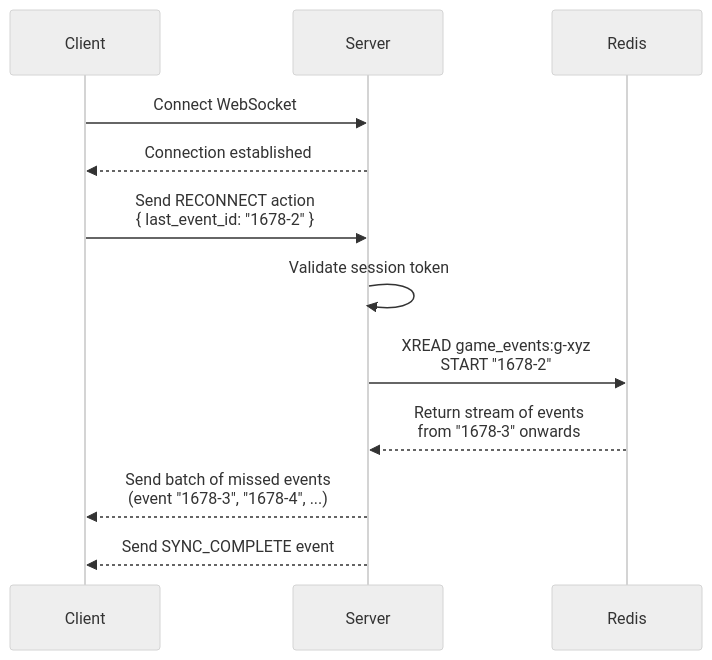
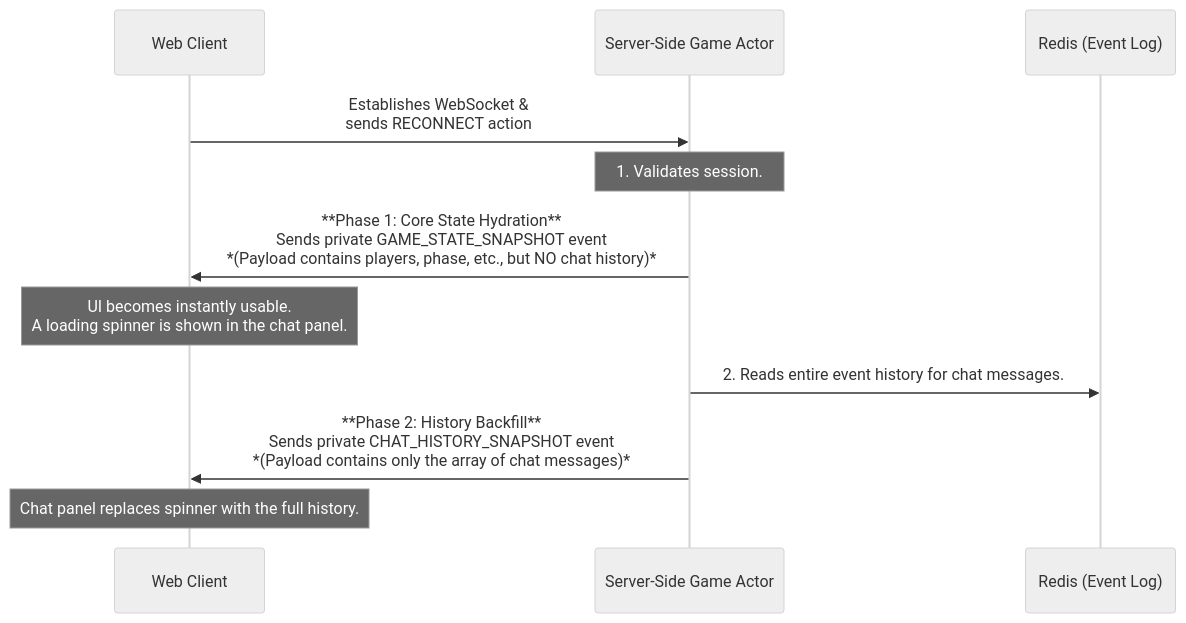
Before and after one commit to xjhc/alignment: the diagram in docs/architecture/06-reconnect-and-catchup.md, drawn with Mermaid (neutral theme). The commit also changed other lines of this file and 36 other files, not shown here.

````diff
--- a/docs/architecture/06-reconnect-and-catchup.md
+++ b/docs/architecture/06-reconnect-and-catchup.md
@@ -13,15 +19,20 @@
 ```mermaid
 sequenceDiagram
-    participant Client
-    participant Server
-    participant Redis
+    participant Client as Web Client
+    participant GameActor as Server-Side Game Actor
+    participant Redis as Redis (Event Log)
 
-    Client->>Server: Connect WebSocket
-    Server-->>Client: Connection established
-    Client->>Server: Send RECONNECT action <br> { last_event_id: "1678-2" }
-    Server->>Server: Validate session token
-    Server->>Redis: XREAD game_events:g-xyz <br> START "1678-2"
-    Redis-->>Server: Return stream of events <br> from "1678-3" onwards
-    Server-->>Client: Send batch of missed events <br> (event "1678-3", "1678-4", ...)
-    Server-->>Client: Send SYNC_COMPLETE event
+    Client->>GameActor: Establishes WebSocket &<br>sends RECONNECT action
+
+    Note over GameActor: 1. Validates session.
+
+    GameActor->>Client: **Phase 1: Core State Hydration**<br>Sends private GAME_STATE_SNAPSHOT event<br>*(Payload contains players, phase, etc., but NO chat history)*
+
+    Note over Client: UI becomes instantly usable.<br>A loading spinner is shown in the chat panel.
+
+    GameActor->>Redis: 2. Reads entire event history for chat messages.
+
+    GameActor->>Client: **Phase 2: History Backfill**<br>Sends private CHAT_HISTORY_SNAPSHOT event<br>*(Payload contains only the array of chat messages)*
+
+    Note over Client: Chat panel replaces spinner with the full history.
 ```
````
